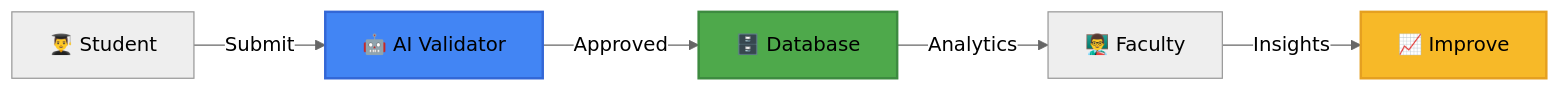
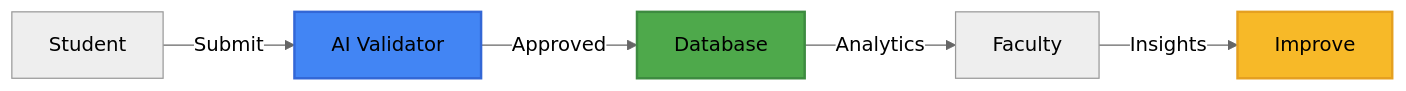
The first of 3 diagrams in README.md (prekshaum/KJU-VOX), drawn with Mermaid (neutral theme) before and after one commit. The commit also changed other lines of this file, not shown here.

````diff
--- a/README.md
+++ b/README.md
@@ -65,11 +65,11 @@
 ```mermaid
 graph LR
-    A[👨‍🎓 Student] -->|Submit| B[🤖 AI Validator]
-    B -->|Approved| C[🗄️ Database]
-    C -->|Analytics| D[👨‍🏫 Faculty]
-    D -->|Insights| E[📈 Improve]
+    A[Student] -->|Submit| B[AI Validator]
+    B -->|Approved| C[Database]
+    C -->|Analytics| D[Faculty]
+    D -->|Insights| E[Improve]
     
     style B fill:#4285F4,stroke:#3367D6,stroke-width:2px
     style C fill:#4EA94B,stroke:#3D8B40,stroke-width:2px
     style E fill:#F7B928,stroke:#E5A020,stroke-width:2px
 ```
````
